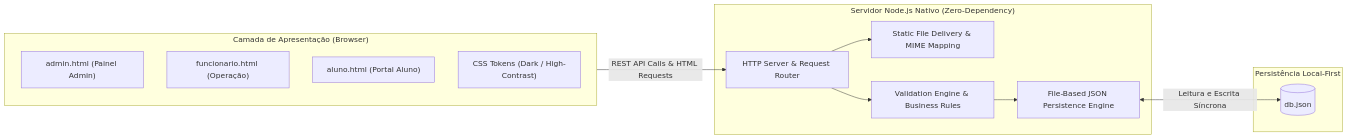
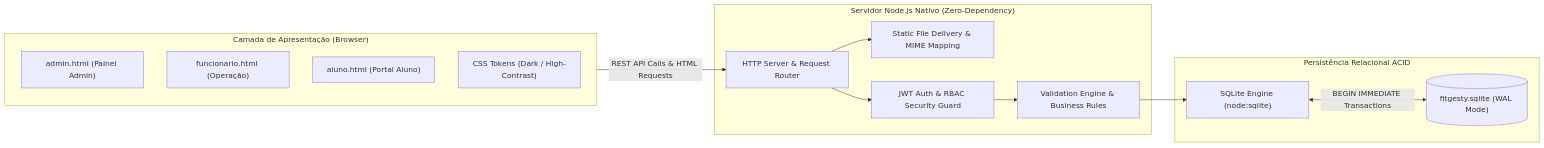
One commit to kazuhirokamim/FitGesty changed the diagram in documentation/showcase/README_GITHUB_VITRINE.md. Above: the diagram before and after it, drawn with Mermaid. The commit also changed other lines of this file and 23 other files, not shown here.

````diff
--- a/documentation/showcase/README_GITHUB_VITRINE.md
+++ b/documentation/showcase/README_GITHUB_VITRINE.md
@@ -26,26 +29,28 @@
 ```mermaid
 flowchart LR
     subgraph Client["Camada de Apresentação (Browser)"]
         UI_A["admin.html (Painel Admin)"]
         UI_F["funcionario.html (Operação)"]
         UI_S["aluno.html (Portal Aluno)"]
         A11Y["CSS Tokens (Dark / High-Contrast)"]
     end
 
     subgraph Core["Servidor Node.js Nativo (Zero-Dependency)"]
         Mux["HTTP Server & Request Router"]
         StaticEngine["Static File Delivery & MIME Mapping"]
+        AuthGuard["JWT Auth & RBAC Security Guard"]
         DomainEngine["Validation Engine & Business Rules"]
-        JSONStore["File-Based JSON Persistence Engine"]
     end
 
-    subgraph Data["Persistência Local-First"]
-        DB[("db.json")]
+    subgraph Data["Persistência Relacional ACID"]
+        DBEngine["SQLite Engine (node:sqlite)"]
+        DB[("fitgesty.sqlite (WAL Mode)")]
     end
 
     Client -->|REST API Calls & HTML Requests| Mux
     Mux --> StaticEngine
-    Mux --> DomainEngine
-    DomainEngine --> JSONStore
-    JSONStore <-->|Leitura e Escrita Síncrona| DB
+    Mux --> AuthGuard
+    AuthGuard --> DomainEngine
+    DomainEngine --> DBEngine
+    DBEngine <-->|BEGIN IMMEDIATE Transactions| DB
 ```
````
